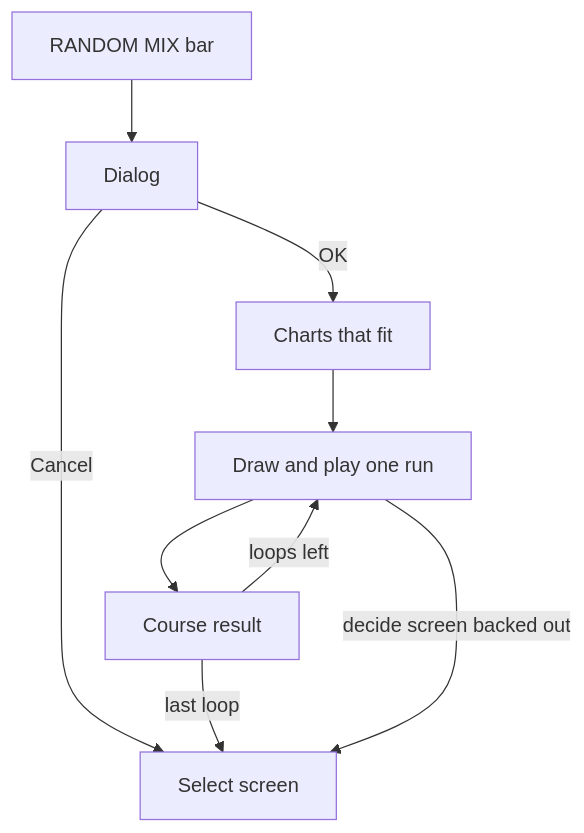
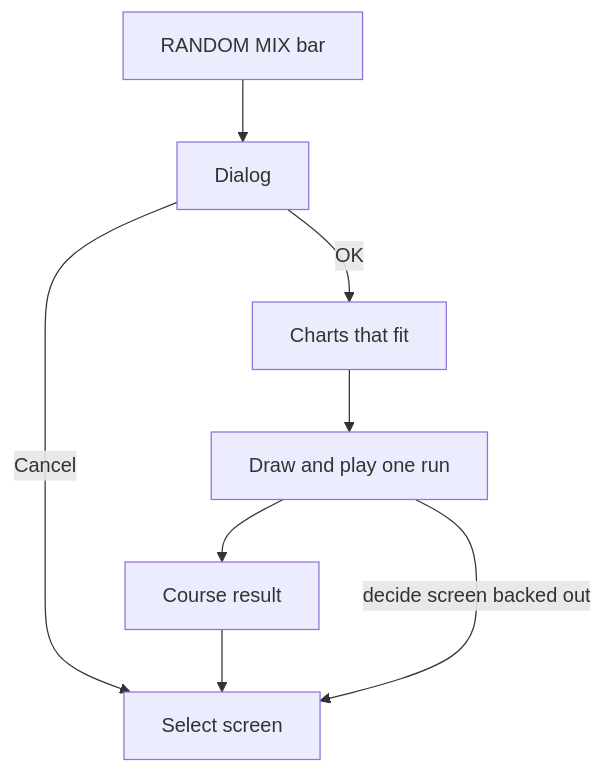
One commit to nulltask/be-music changed the eighth of 11 diagrams in docs/course.md. Above: the diagram before and after it, drawn with Mermaid. The commit also changed other lines of this file and 19 other files, not shown here.

First line of the commit message:
fix(app-play): lead a RANDOM MIX result back to the select screen

````diff
--- a/docs/course.md
+++ b/docs/course.md
@@ -285,11 +284,10 @@
 ```mermaid
 flowchart TD
     bar[RANDOM MIX bar] --> dialog[Dialog]
     dialog -->|Cancel| select[Select screen]
     dialog -->|OK| pool[Charts that fit]
     pool --> run[Draw and play one run]
     run --> result[Course result]
-    result -->|loops left| run
-    result -->|last loop| select
+    result --> select
     run -->|decide screen backed out| select
 ```
````
